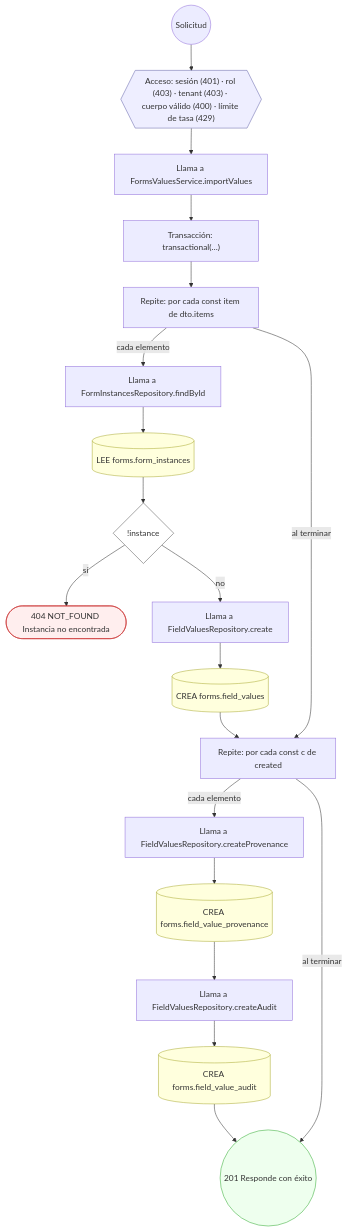
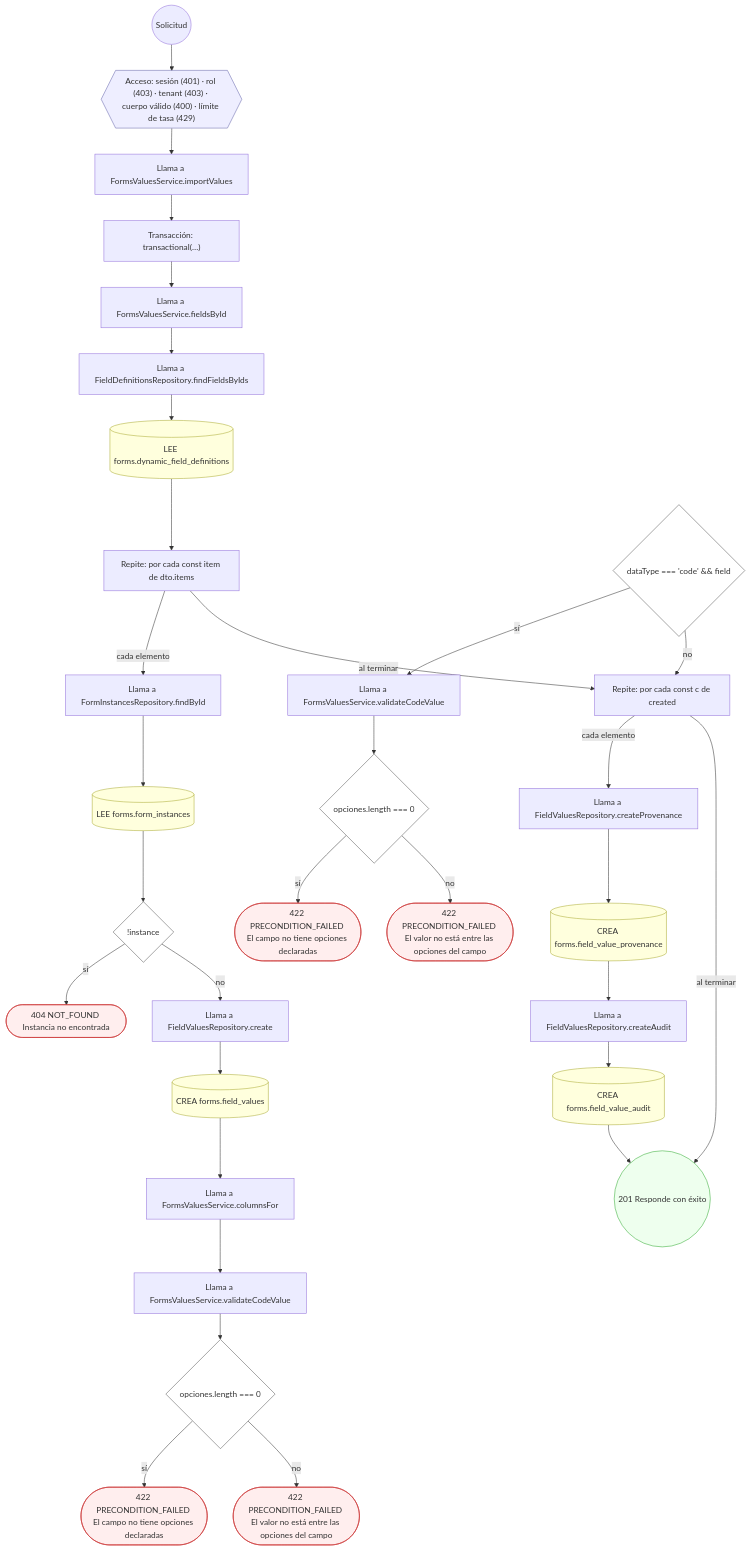
Before and after one commit to mdavila-2001/mantra-core-health-api: diagram 24 of 24 in docs/inventario/flujos/forms.md, drawn with Mermaid. The commit also changed other lines of this file and 438 other files, not shown here.

````diff
--- a/docs/inventario/flujos/forms.md
+++ b/docs/inventario/flujos/forms.md
@@ -1495,44 +1732,69 @@
 ```mermaid
 flowchart TD
   n1(("Solicitud")):::inicio
   n2{{"Acceso: sesión (401) · rol (403) · tenant (403) · cuerpo válido (400) · límite de tasa (429)"}}:::acceso
   n1 --> n2
   n3["Llama a FormsValuesService.importValues"]:::llamada
   n2 --> n3
   n4["Transacción: transactional(…)"]:::transaccion
   n3 --> n4
-  n5["Repite: por cada const item de dto.items"]:::bucle
+  n5["Llama a FormsValuesService.fieldsById"]:::llamada
   n4 --> n5
-  n6["Llama a FormInstancesRepository.findById"]:::llamada
-  n5 -->|"cada elemento"| n6
-  n7[("LEE forms.form_instances")]:::efecto
+  n6["Llama a FieldDefinitionsRepository.findFieldsByIds"]:::llamada
+  n5 --> n6
+  n7[("LEE forms.dynamic_field_definitions")]:::efecto
   n6 --> n7
-  n8{"!instance"}:::decision
+  n8["Repite: por cada const item de dto.items"]:::bucle
   n7 --> n8
-  n9(["404 NOT_FOUND Instancia no encontrada"]):::error
-  n8 -->|"sí"| n9
-  n10["Llama a FieldValuesRepository.create"]:::llamada
-  n8 -->|"no"| n10
-  n11[("CREA forms.field_values")]:::efecto
+  n9["Llama a FormInstancesRepository.findById"]:::llamada
+  n8 -->|"cada elemento"| n9
+  n10[("LEE forms.form_instances")]:::efecto
+  n9 --> n10
+  n11{"!instance"}:::decision
   n10 --> n11
-  n12["Repite: por cada const c de created"]:::bucle
-  n11 --> n12
-  n5 -->|"al terminar"| n12
-  n13["Llama a FieldValuesRepository.createProvenance"]:::llamada
-  n12 -->|"cada elemento"| n13
-  n14[("CREA forms.field_value_provenance")]:::efecto
+  n12(["404 NOT_FOUND Instancia no encontrada"]):::error
+  n11 -->|"sí"| n12
+  n13["Llama a FieldValuesRepository.create"]:::llamada
+  n11 -->|"no"| n13
+  n14[("CREA forms.field_values")]:::efecto
   n13 --> n14
-  n15["Llama a FieldValuesRepository.createAudit"]:::llamada
+  n15["Llama a FormsValuesService.columnsFor"]:::llamada
   n14 --> n15
-  n16[("CREA forms.field_value_audit")]:::efecto
+  n16["Llama a FormsValuesService.validateCodeValue"]:::llamada
   n15 --> n16
-  n17(("201 Responde con éxito")):::ok
+  n17{"opciones.length === 0"}:::decision
   n16 --> n17
-  n12 -->|"al terminar"| n17
+  n18(["422 PRECONDITION_FAILED El campo no tiene opciones declaradas"]):::error
+  n17 -->|"sí"| n18
+  n19(["422 PRECONDITION_FAILED El valor no está entre las opciones del campo"]):::error
+  n17 -->|"no"| n19
+  n20{"dataType === 'code' && field"}:::decision
+  n21["Llama a FormsValuesService.validateCodeValue"]:::llamada
+  n20 -->|"sí"| n21
+  n22{"opciones.length === 0"}:::decision
+  n21 --> n22
+  n23(["422 PRECONDITION_FAILED El campo no tiene opciones declaradas"]):::error
+  n22 -->|"sí"| n23
+  n24(["422 PRECONDITION_FAILED El valor no está entre las opciones del campo"]):::error
+  n22 -->|"no"| n24
+  n25["Repite: por cada const c de created"]:::bucle
+  n20 -->|"no"| n25
+  n8 -->|"al terminar"| n25
+  n26["Llama a FieldValuesRepository.createProvenance"]:::llamada
+  n25 -->|"cada elemento"| n26
+  n27[("CREA forms.field_value_provenance")]:::efecto
+  n26 --> n27
+  n28["Llama a FieldValuesRepository.createAudit"]:::llamada
+  n27 --> n28
+  n29[("CREA forms.field_value_audit")]:::efecto
+  n28 --> n29
+  n30(("201 Responde con éxito")):::ok
+  n29 --> n30
+  n25 -->|"al terminar"| n30
   classDef acceso fill:#eef,stroke:#66a
   classDef error fill:#fee,stroke:#c33
   classDef ok fill:#efe,stroke:#3a3
   classDef efecto fill:#ffd,stroke:#aa3
   classDef decision fill:#fff,stroke:#555
   classDef corte fill:#eee,stroke:#999,stroke-dasharray: 4
 ```
````
